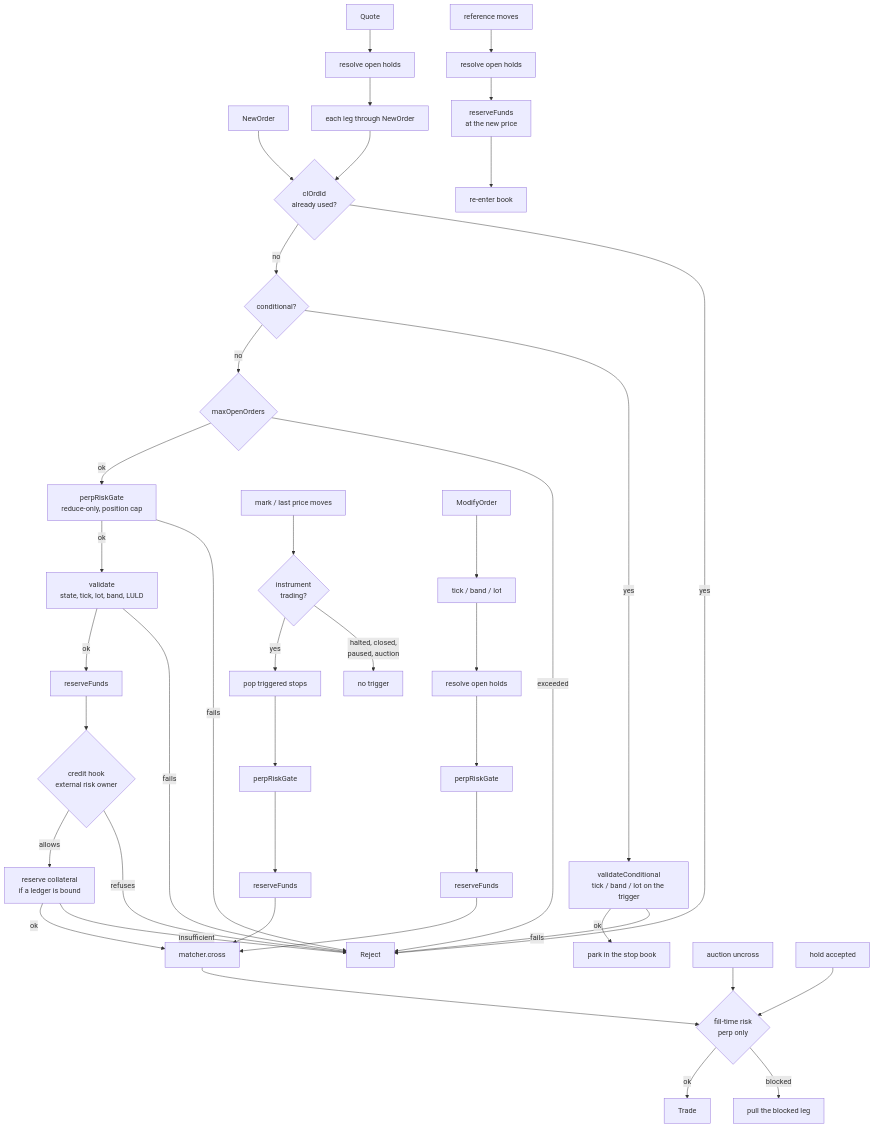
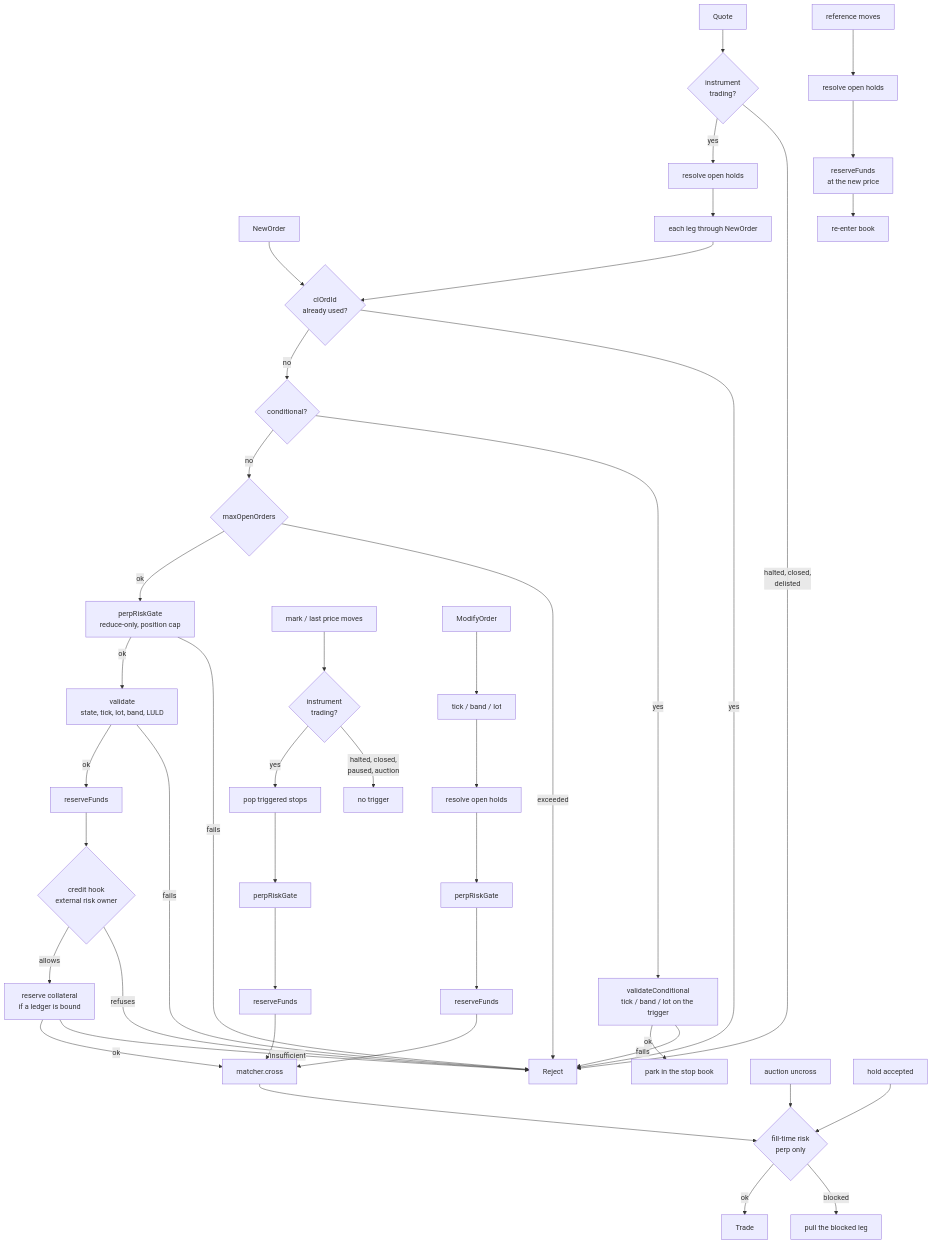
Before and after one commit to FLOX-Foundation/flox: the diagram in docs/venue/matching.md, drawn with Mermaid. The commit also changed other lines of this file and 3 other files, not shown here.

First line of the commit message:
fix(venue): a quote reads the instrument state before it pulls anything

````diff
--- a/docs/venue/matching.md
+++ b/docs/venue/matching.md
@@ -929,44 +934,46 @@
 ```mermaid
 flowchart TD
     NEW[NewOrder] --> DEDUP{clOrdId<br/>already used?}
     DEDUP -->|yes| REJ[Reject]
     DEDUP -->|no| COND{conditional?}
 
     COND -->|yes| VC[validateConditional<br/>tick / band / lot on the trigger]
     VC -->|fails| REJ
     VC -->|ok| PARK[park in the stop book]
 
     COND -->|no| CAP{maxOpenOrders}
     CAP -->|exceeded| REJ
     CAP -->|ok| PERP[perpRiskGate<br/>reduce-only, position cap]
     PERP -->|fails| REJ
     PERP -->|ok| VAL[validate<br/>state, tick, lot, band, LULD]
     VAL -->|fails| REJ
     VAL -->|ok| FUND[reserveFunds]
 
     FUND --> CRED{credit hook<br/>external risk owner}
     CRED -->|refuses| REJ
     CRED -->|allows| RES[reserve collateral<br/>if a ledger is bound]
     RES -->|insufficient| REJ
     RES -->|ok| MATCH[matcher.cross]
 
     MARK[mark / last price moves] --> TRIG{instrument<br/>trading?}
     TRIG -->|halted, closed,<br/>paused, auction| STOPPED[no trigger]
     TRIG -->|yes| POP[pop triggered stops]
     POP --> PERP2[perpRiskGate] --> FUND2[reserveFunds] --> MATCH
 
     MOD[ModifyOrder] --> VM[tick / band / lot] --> HOLDS[resolve open holds]
     HOLDS --> PERP3[perpRiskGate] --> FUND3[reserveFunds] --> MATCH
 
-    QUOTE[Quote] --> HOLDS2[resolve open holds] --> LEGS[each leg through NewOrder]
+    QUOTE[Quote] --> QST{instrument<br/>trading?}
+    QST -->|halted, closed,<br/>delisted| REJ
+    QST -->|yes| HOLDS2[resolve open holds] --> LEGS[each leg through NewOrder]
     LEGS --> DEDUP
 
     PEG[reference moves] --> HOLDS3[resolve open holds] --> FUND4[reserveFunds<br/>at the new price] --> BOOK[re-enter book]
 
     MATCH --> FR{fill-time risk<br/>perp only}
     FR -->|blocked| PULL[pull the blocked leg]
     FR -->|ok| TRADE[Trade]
 
     AUCT[auction uncross] --> FR
     ACCEPT[hold accepted] --> FR
 ```
````
